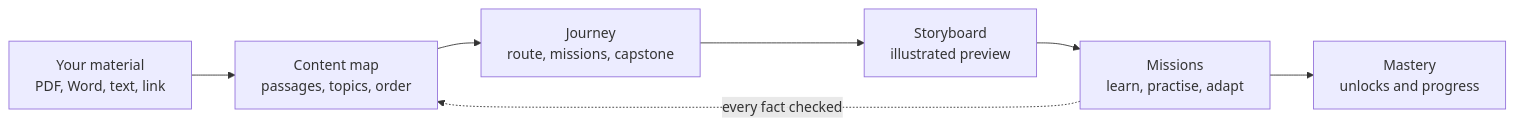
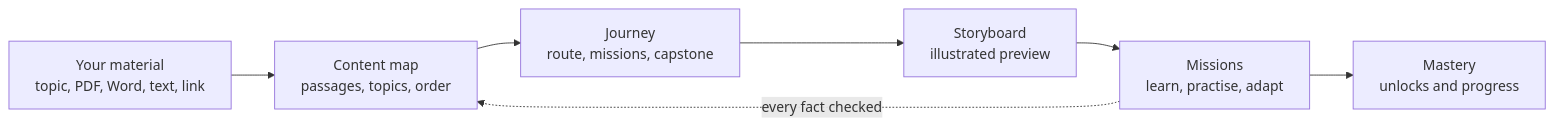
Before and after one commit to SagarChhabriya/gamora: the diagram in README.md, drawn with Mermaid. The commit also changed other lines of this file and 35 other files, not shown here.

````diff
--- a/README.md
+++ b/README.md
@@ -39,9 +43,9 @@
 ```mermaid
 flowchart LR
-    A[Your material<br/>PDF, Word, text, link] --> B[Content map<br/>passages, topics, order]
+    A[Your material<br/>topic, PDF, Word, text, link] --> B[Content map<br/>passages, topics, order]
     B --> C[Journey<br/>route, missions, capstone]
     C --> D[Storyboard<br/>illustrated preview]
     D --> E[Missions<br/>learn, practise, adapt]
     E --> F[Mastery<br/>unlocks and progress]
     E -. every fact checked .-> B
 ```
````
